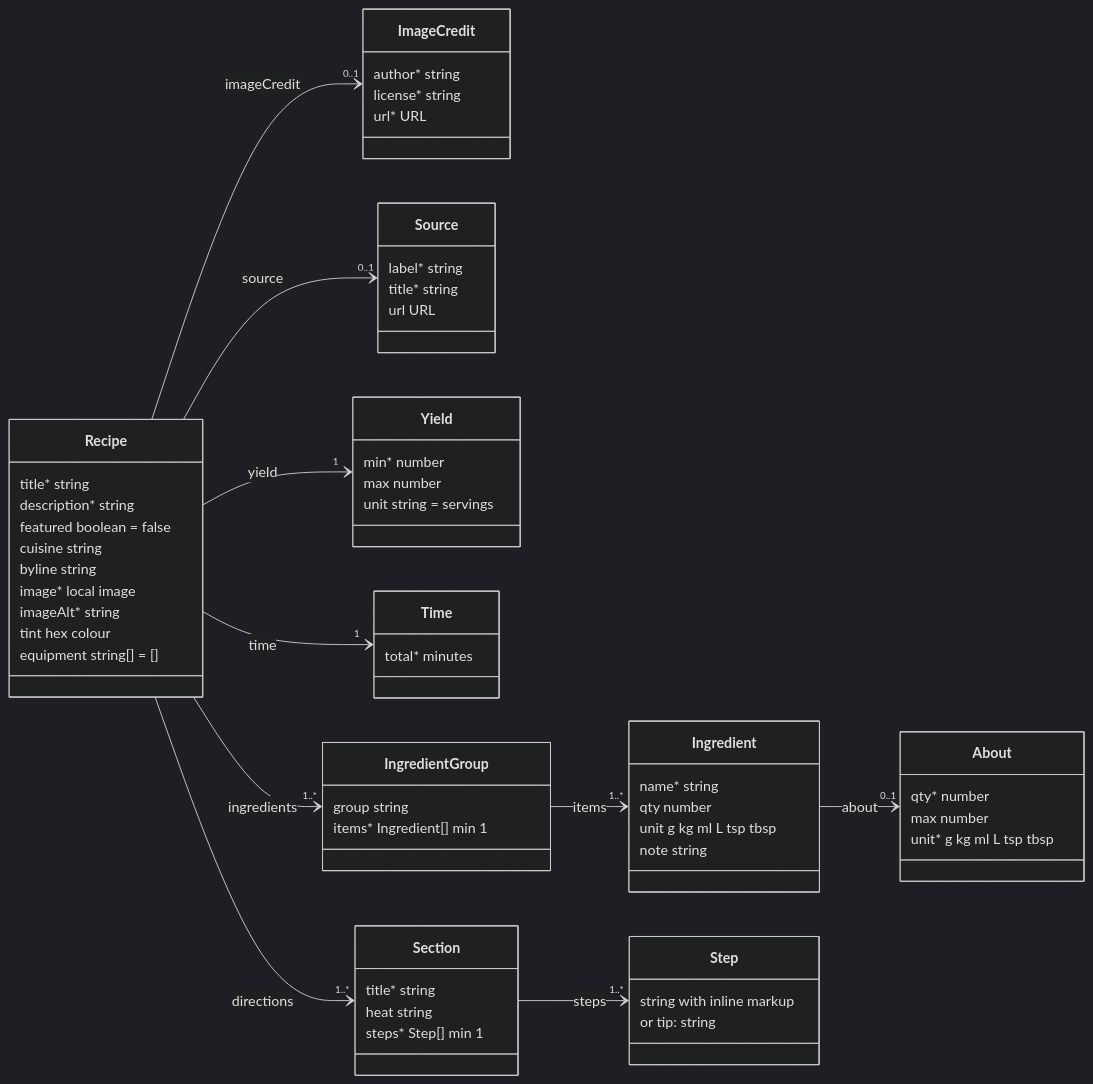
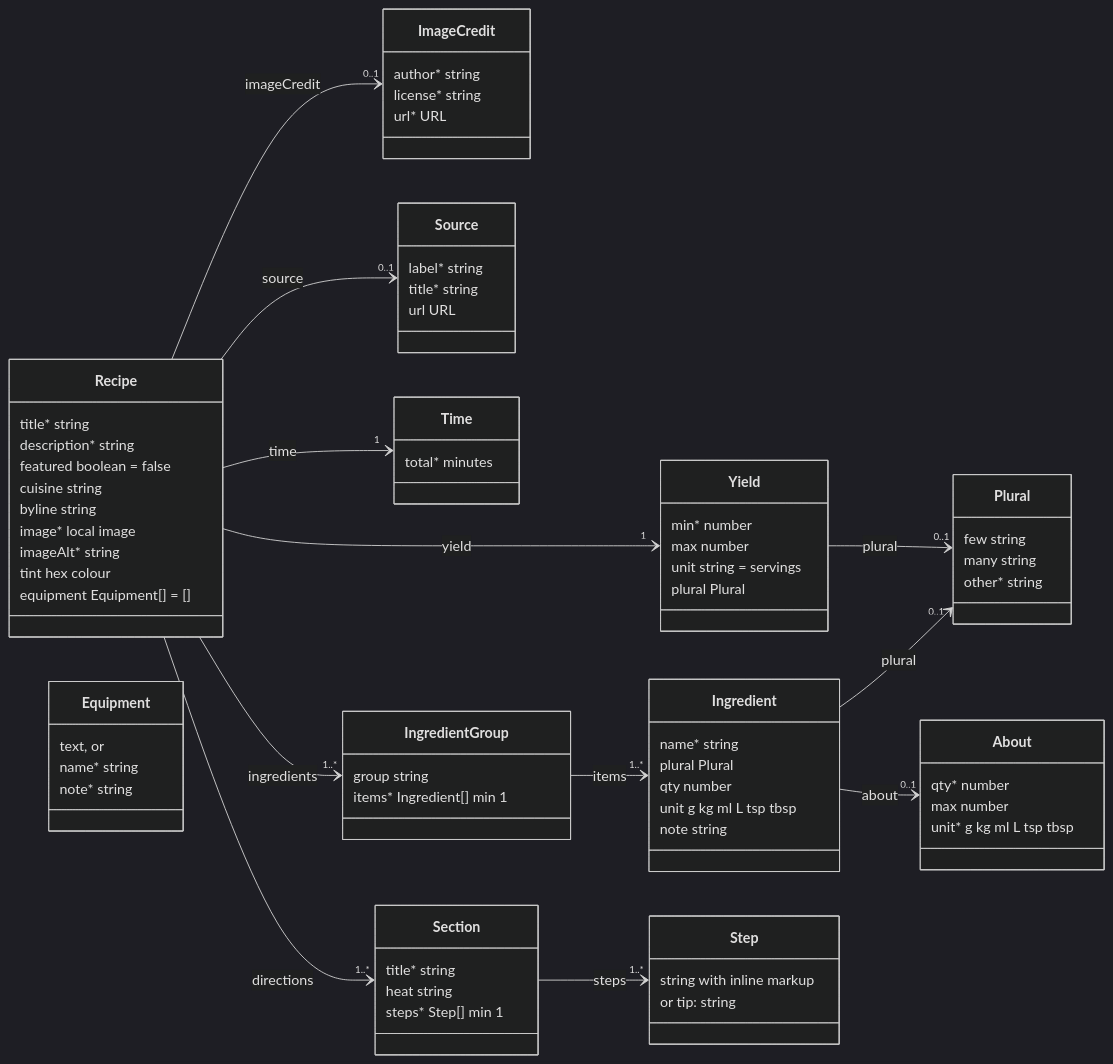
The second of 3 diagrams in docs/recipe-model.md (pschonfeld/soowee), drawn with Mermaid (dark theme) before and after one commit. The commit also changed other lines of this file and 48 other files, not shown here.

````diff
--- a/docs/recipe-model.md
+++ b/docs/recipe-model.md
@@ -46,66 +49,80 @@
 ```mermaid
 classDiagram
   direction LR
   class Recipe {
     title* string
     description* string
     featured boolean = false
     cuisine string
     byline string
     image* local image
     imageAlt* string
     tint hex colour
-    equipment string[] = []
+    equipment Equipment[] = []
   }
   class ImageCredit {
     author* string
     license* string
     url* URL
   }
   class Source {
     label* string
     title* string
     url URL
   }
   class Yield {
     min* number
     max number
     unit string = servings
+    plural Plural
+  }
+  class Plural {
+    few string
+    many string
+    other* string
   }
   class Time {
     total* minutes
+  }
+  class Equipment {
+    text, or
+    name* string
+    note* string
   }
   class IngredientGroup {
     group string
     items* Ingredient[] min 1
   }
   class Ingredient {
     name* string
+    plural Plural
     qty number
     unit g kg ml L tsp tbsp
     note string
   }
   class About {
     qty* number
     max number
     unit* g kg ml L tsp tbsp
   }
   class Section {
     title* string
     heat string
     steps* Step[] min 1
   }
   class Step {
     string with inline markup
     or tip: string
   }
   Recipe --> "0..1" ImageCredit : imageCredit
   Recipe --> "0..1" Source : source
   Recipe --> "1" Yield : yield
+  Yield --> "0..1" Plural : plural
+  Ingredient --> "0..1" Plural : plural
   Recipe --> "1" Time : time
   Recipe --> "1..*" IngredientGroup : ingredients
   IngredientGroup --> "1..*" Ingredient : items
   Ingredient --> "0..1" About : about
   Recipe --> "1..*" Section : directions
   Section --> "1..*" Step : steps
 ```
````
